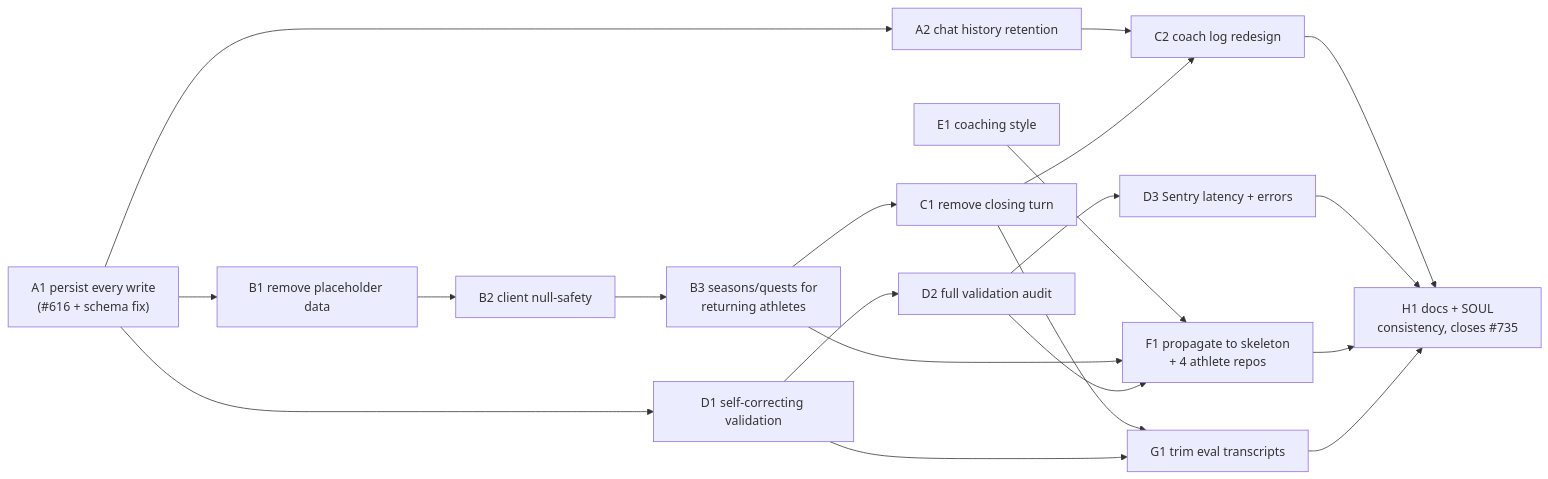
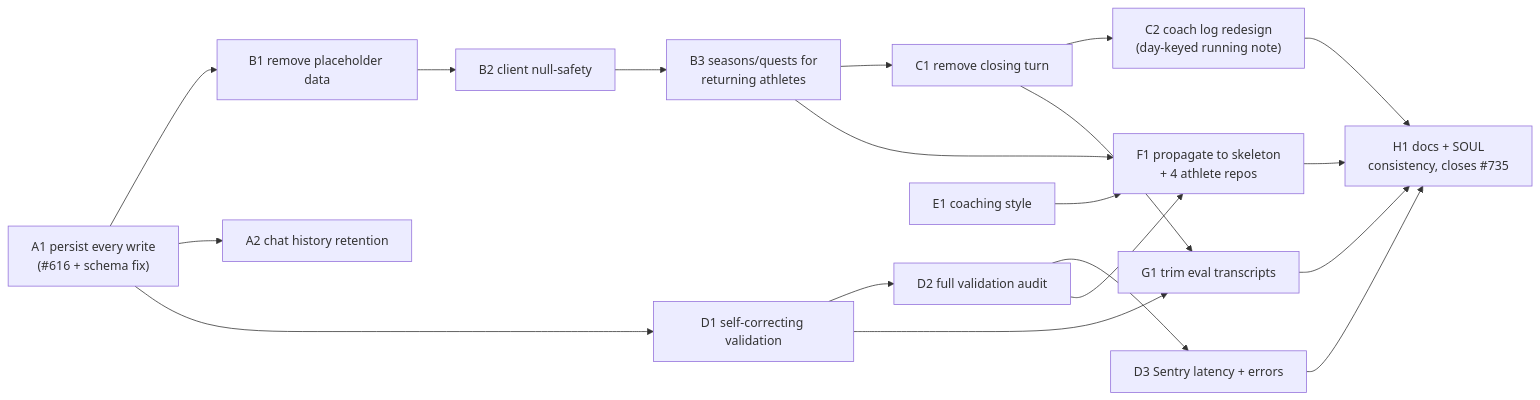
One commit to sibling-shipyard/coach-hq changed the diagram in docs/plans/chat-commit-redesign.md. Above: the diagram before and after it, drawn with Mermaid. The commit also changed other lines of this file and 1 other file, not shown here.

First line of the commit message:
docs: finalize C2 coach-log design — day-keyed running note

````diff
--- a/docs/plans/chat-commit-redesign.md
+++ b/docs/plans/chat-commit-redesign.md
@@ -35,22 +36,21 @@
 ```mermaid
 flowchart LR
   A1["A1 persist every write\n(#616 + schema fix)"] --> B1["B1 remove placeholder data"]
   A1 --> A2["A2 chat history retention"]
   B1 --> B2["B2 client null-safety"]
   B2 --> B3["B3 seasons/quests for\nreturning athletes"]
   B3 --> C1["C1 remove closing turn"]
-  A2 --> C2["C2 coach log redesign"]
-  C1 --> C2
+  C1 --> C2["C2 coach log redesign\n(day-keyed running note)"]
   A1 --> D1["D1 self-correcting validation"]
   D1 --> D2["D2 full validation audit"]
   D2 --> D3["D3 Sentry latency + errors"]
   E1["E1 coaching style"] --> F1
   B3 --> F1["F1 propagate to skeleton\n+ 4 athlete repos"]
   D2 --> F1
   C1 --> G1["G1 trim eval transcripts"]
   D1 --> G1
   C2 --> H1["H1 docs + SOUL\nconsistency, closes #735"]
   D3 --> H1
   F1 --> H1
   G1 --> H1
 ```
````
